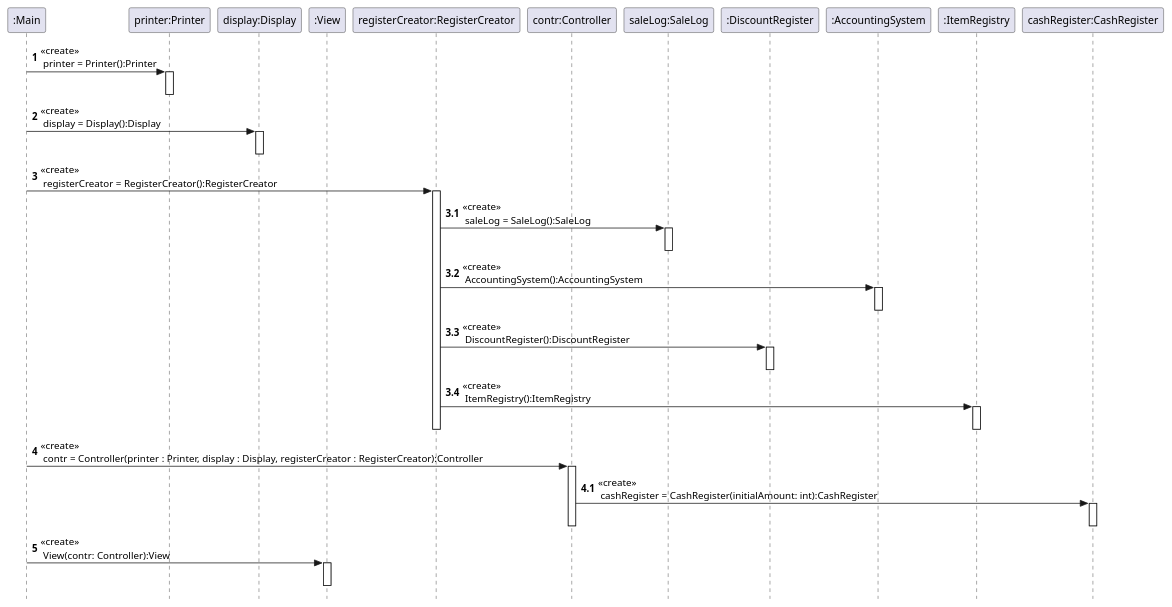
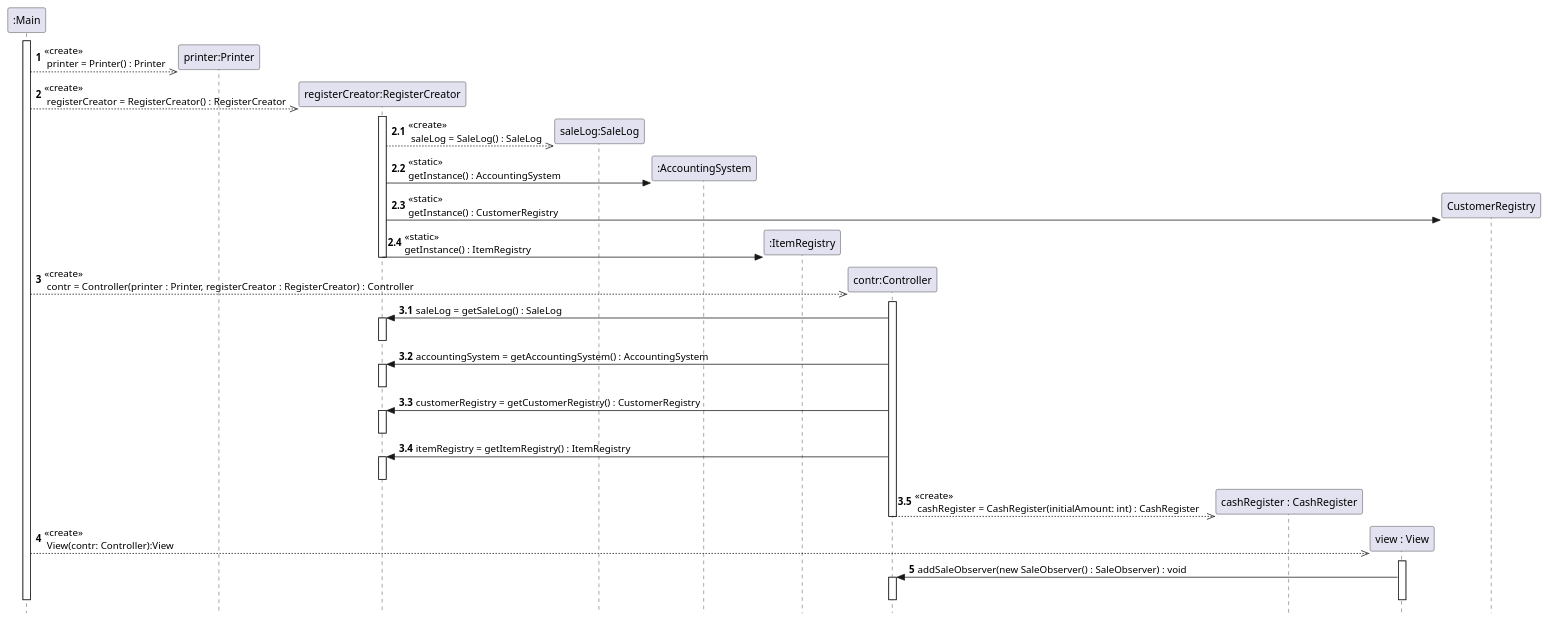
One commit to VincentFerrigan/kth-iv1350-object-oriented-design changed the third of 11 diagrams in uml/uml_v3.puml. Above: the diagram before and after it, drawn with PlantUML. The commit also changed other lines of this file and 75 other files, not shown here.

```diff
--- a/uml/uml_v3.puml
+++ b/uml/uml_v3.puml
@@ -255,72 +312,93 @@
 @startuml
 skinparam style strictuml
 participant ":Main" as Main
 participant "printer:Printer" as printer
-participant "display:Display" as display
-participant ":View" as View
 participant "registerCreator:RegisterCreator" as registerCreator
+participant "saleLog:SaleLog" as saleLog
+participant ":AccountingSystem" as AccountingSystem
+
+participant ":ItemRegistry" as ItemRegistry
 participant "contr:Controller" as contr
-participant "saleLog:SaleLog" as saleLog
-participant ":DiscountRegister" as DiscountRegister
-participant ":AccountingSystem" as AccountingSystem
-participant ":ItemRegistry" as ItemRegistry
-participant "cashRegister:CashRegister" as cashRegister
+participant "cashRegister : CashRegister" as cashRegister
+participant "view : View" as view
 ' user -> Main: main()
-' create Printer
+activate Main
+create printer
 autonumber 1
-Main -> printer : <<create>>\n printer = Printer():Printer
-activate printer
-deactivate printer
+Main -[dashed]->> printer : <<create>>\n printer = Printer() : Printer
 
+create registerCreator
 autonumber 2
-Main -> display : <<create>>\n display = Display():Display
-activate display
-deactivate display
+Main -[dashed]->> registerCreator : <<create>>\n registerCreator = RegisterCreator() : RegisterCreator
+activate registerCreator
+
+autonumber 2.1
+create saleLog
+registerCreator -[dashed]->> saleLog : <<create>>\n saleLog = SaleLog() : SaleLog
+
+create AccountingSystem
+autonumber 2.2
+registerCreator -> AccountingSystem : <<static>>\ngetInstance() : AccountingSystem
+
+create CustomerRegistry
+autonumber 2.3
+registerCreator -> CustomerRegistry : <<static>>\ngetInstance() : CustomerRegistry
+'activate CustomerRegister
+'deactivate CustomerRegister
+
+create ItemRegistry
+autonumber 2.4
+registerCreator -> ItemRegistry: <<static>>\ngetInstance() : ItemRegistry
+'activate ItemRegistry
+'deactivate ItemRegistry
+deactivate registerCreator
 
 autonumber 3
-Main -> registerCreator : <<create>>\n registerCreator = RegisterCreator():RegisterCreator
-activate registerCreator
+create contr
+Main -[dashed]->> contr : <<create>>\n contr = Controller(printer : Printer, registerCreator : RegisterCreator) : Controller
+activate contr
 
 autonumber 3.1
-registerCreator -> saleLog : <<create>>\n saleLog = SaleLog():SaleLog
-activate saleLog
-deactivate saleLog
-
-' create AccountingSystem
-autonumber 3.2
-registerCreator -> AccountingSystem : <<create>>\n AccountingSystem():AccountingSystem
-activate AccountingSystem
-deactivate AccountingSystem
-
-' create DiscountRegister
-autonumber 3.3
-registerCreator -> DiscountRegister : <<create>>\n DiscountRegister():DiscountRegister
-activate DiscountRegister
-deactivate DiscountRegister
-
-' create ItemRegistry
-autonumber 3.4
-registerCreator -> ItemRegistry: <<create>>\n ItemRegistry():ItemRegistry
-activate ItemRegistry
-deactivate ItemRegistry
+contr -> registerCreator : saleLog = getSaleLog() : SaleLog
+activate registerCreator
 deactivate registerCreator
 
-autonumber 4
-' create contr
-Main -> contr : <<create>>\n contr = Controller(printer : Printer, display : Display, registerCreator : RegisterCreator):Controller
-activate contr
+autonumber 3.2
+contr -> registerCreator : accountingSystem = getAccountingSystem() : AccountingSystem
+activate registerCreator
+deactivate registerCreator
 
-' create CashRegister
-autonumber 4.1
-contr -> cashRegister : <<create>>\n cashRegister = CashRegister(initialAmount: int):CashRegister
-activate cashRegister
-deactivate cashRegister
+autonumber 3.3
+contr -> registerCreator : customerRegistry = getCustomerRegistry() : CustomerRegistry
+activate registerCreator
+deactivate registerCreator
 
+autonumber 3.4
+contr -> registerCreator : itemRegistry = getItemRegistry() : ItemRegistry
+activate registerCreator
+deactivate registerCreator
+
+create cashRegister
+autonumber 3.5
+contr -[dashed]->> cashRegister : <<create>>\n cashRegister = CashRegister(initialAmount: int) : CashRegister
+'activate cashRegister
+'deactivate cashRegister
+'TODO ska jag lägga till att contr skapar en Lista för SaleObservers?
 deactivate contr
 
-' create View
+create view
+autonumber 4
+Main -[dashed]->> view : <<create>>\n View(contr: Controller):View
+activate view
+
 autonumber 5
-Main -> View : <<create>>\n View(contr: Controller):View
-activate View
-deactivate View
+view -> contr : addSaleObserver(new SaleObserver() : SaleObserver) : void
+activate contr
+deactivate contr
+deactivate view
+deactivate Main
+'TODO ska jag lägga till att view skapar observers?
+'TODO ska jag lägga till att view anropar contr för alla RegisterObservers?
+'TODO ska jag lägga till att view anropar contr för alla SaleObservers?
+
 @enduml
```
